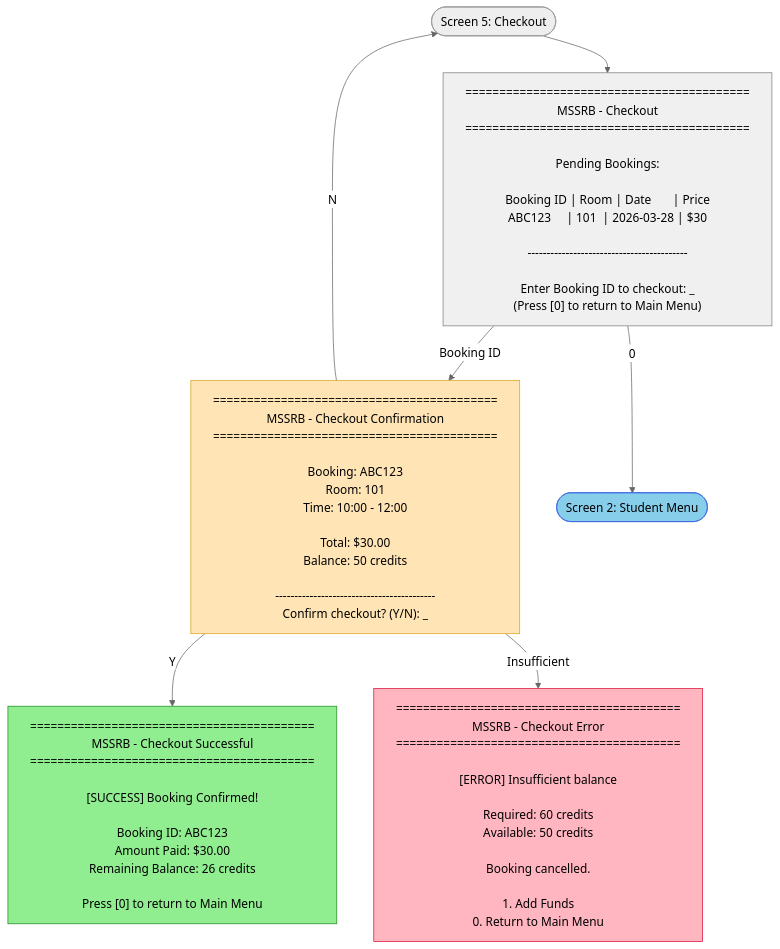
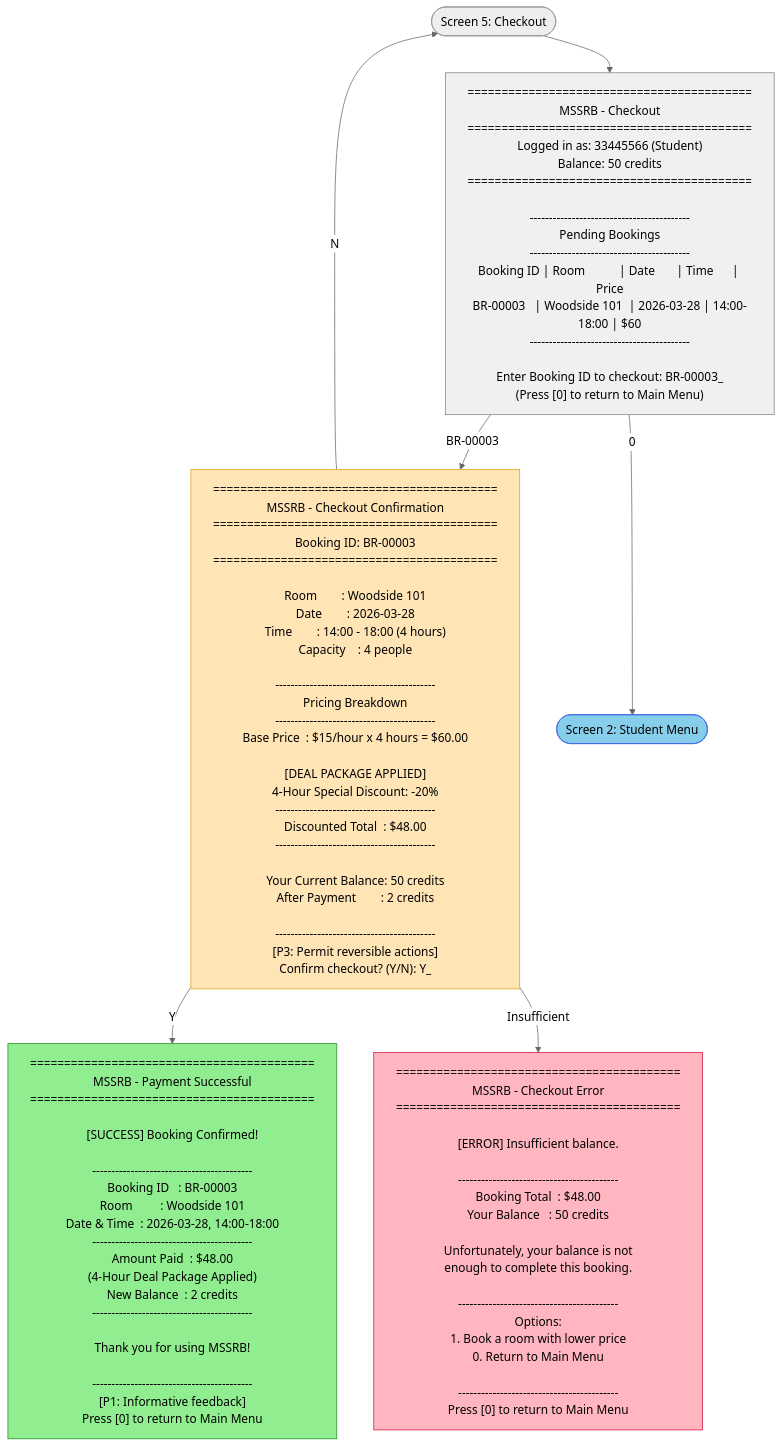
One commit to alii0110-monash/fit5136-study-room-booking changed the diagram in mermaid/member_a/05_checkout.flowchart.mmd. Above: the diagram before and after it, drawn with Mermaid (neutral theme). The commit also changed 14 other files, not shown here.

First line of the commit message:
Enrich all Mermaid screens with complete UI content

```diff
--- a/mermaid/member_a/05_checkout.flowchart.mmd
+++ b/mermaid/member_a/05_checkout.flowchart.mmd
@@ -1,79 +1,114 @@
 flowchart TB
     CHECKOUT(["Screen 5: Checkout"])
 
     C1["
 ==========================================
 MSSRB - Checkout
 ==========================================
-
-Pending Bookings:
-
-Booking ID | Room | Date       | Price
-ABC123     | 101  | 2026-03-28 | $30
+Logged in as: 33445566 (Student)
+Balance: 50 credits
+==========================================
 
 ------------------------------------------
+Pending Bookings
+------------------------------------------
+Booking ID | Room           | Date       | Time      | Price
+BR-00003   | Woodside 101  | 2026-03-28 | 14:00-18:00 | $60
+------------------------------------------
 
-Enter Booking ID to checkout: _
+Enter Booking ID to checkout: BR-00003_
 (Press [0] to return to Main Menu)
     "]
 
     C2["
 ==========================================
 MSSRB - Checkout Confirmation
 ==========================================
+Booking ID: BR-00003
+==========================================
 
-Booking: ABC123
-Room: 101
-Time: 10:00 - 12:00
-
-Total: $30.00
-Balance: 50 credits
+Room        : Woodside 101
+Date        : 2026-03-28
+Time        : 14:00 - 18:00 (4 hours)
+Capacity    : 4 people
 
 ------------------------------------------
-Confirm checkout? (Y/N): _
+Pricing Breakdown
+------------------------------------------
+Base Price  : $15/hour x 4 hours = $60.00
+
+[DEAL PACKAGE APPLIED]
+4-Hour Special Discount: -20%
+------------------------------------------
+Discounted Total  : $48.00
+------------------------------------------
+
+Your Current Balance: 50 credits
+After Payment        : 2 credits
+
+------------------------------------------
+[P3: Permit reversible actions]
+Confirm checkout? (Y/N): Y_
     "]
 
     C3["
 ==========================================
-MSSRB - Checkout Successful
+MSSRB - Payment Successful
 ==========================================
 
 [SUCCESS] Booking Confirmed!
 
-Booking ID: ABC123
-Amount Paid: $30.00
-Remaining Balance: 26 credits
+------------------------------------------
+Booking ID   : BR-00003
+Room         : Woodside 101
+Date & Time  : 2026-03-28, 14:00-18:00
+------------------------------------------
+Amount Paid  : $48.00
+(4-Hour Deal Package Applied)
+New Balance  : 2 credits
+------------------------------------------
 
+Thank you for using MSSRB!
+
+------------------------------------------
+[P1: Informative feedback]
 Press [0] to return to Main Menu
     "]
 
     C4["
 ==========================================
 MSSRB - Checkout Error
 ==========================================
 
-[ERROR] Insufficient balance
+[ERROR] Insufficient balance.
 
-Required: 60 credits
-Available: 50 credits
+------------------------------------------
+Booking Total  : $48.00
+Your Balance   : 50 credits
 
-Booking cancelled.
+Unfortunately, your balance is not
+enough to complete this booking.
 
-1. Add Funds
+------------------------------------------
+Options:
+1. Book a room with lower price
 0. Return to Main Menu
+
+------------------------------------------
+Press [0] to return to Main Menu
     "]
 
     STUDENT_MENU(["Screen 2: Student Menu"])
 
     CHECKOUT --> C1
-    C1 -->|"Booking ID"| C2
+    C1 -->|"BR-00003"| C2
     C1 -->|"0"| STUDENT_MENU
     C2 -->|"Y"| C3
     C2 -->|"N"| CHECKOUT
     C2 -->|"Insufficient"| C4
 
     style C1 fill:#F0F0F0,stroke:#808080
     style C2 fill:#FFE4B5,stroke:#DAA520
     style C3 fill:#90EE90,stroke:#228B22
     style C4 fill:#FFB6C1,stroke:#DC143C
     style STUDENT_MENU fill:#87CEEB,stroke:#4169E1
```
